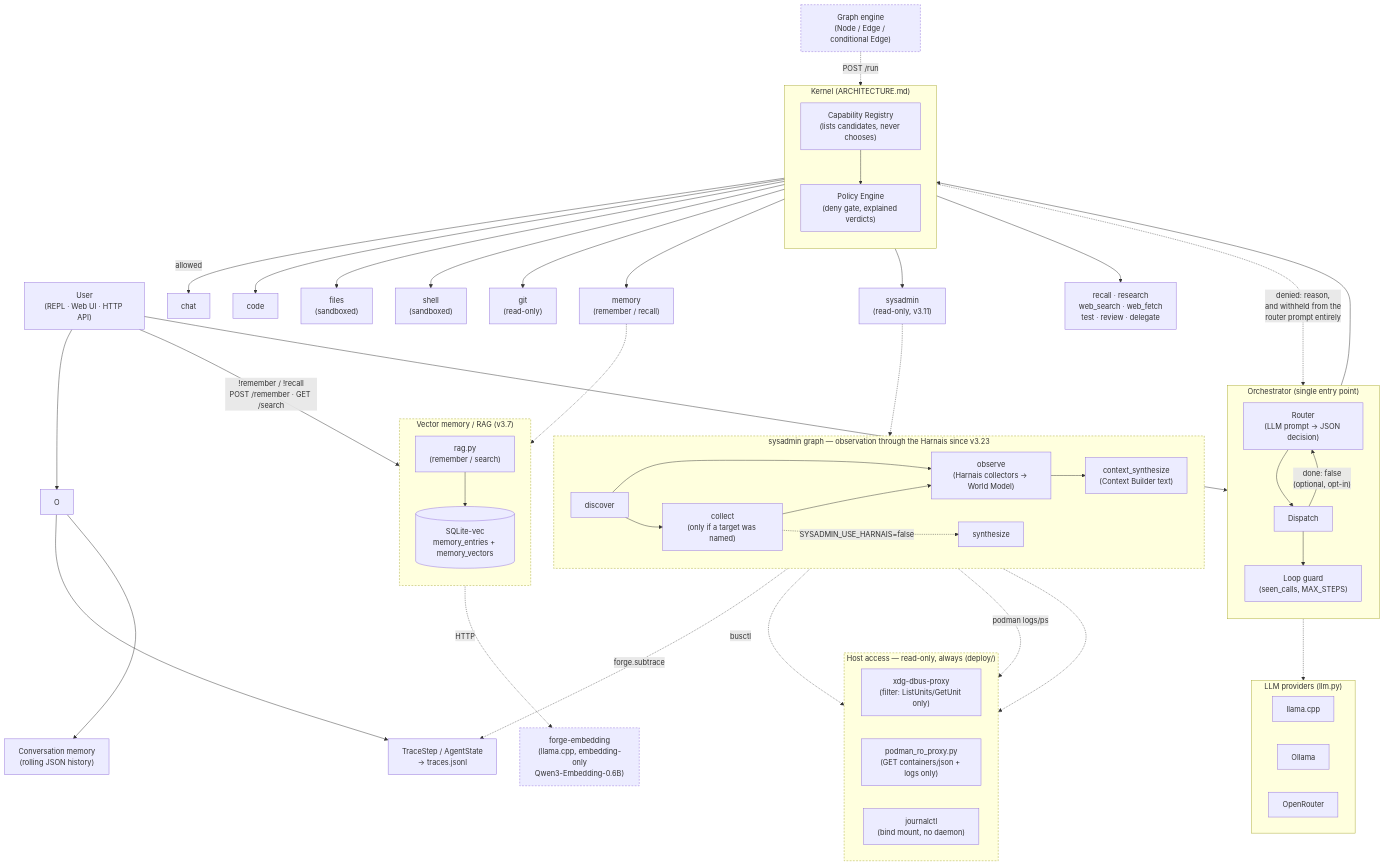
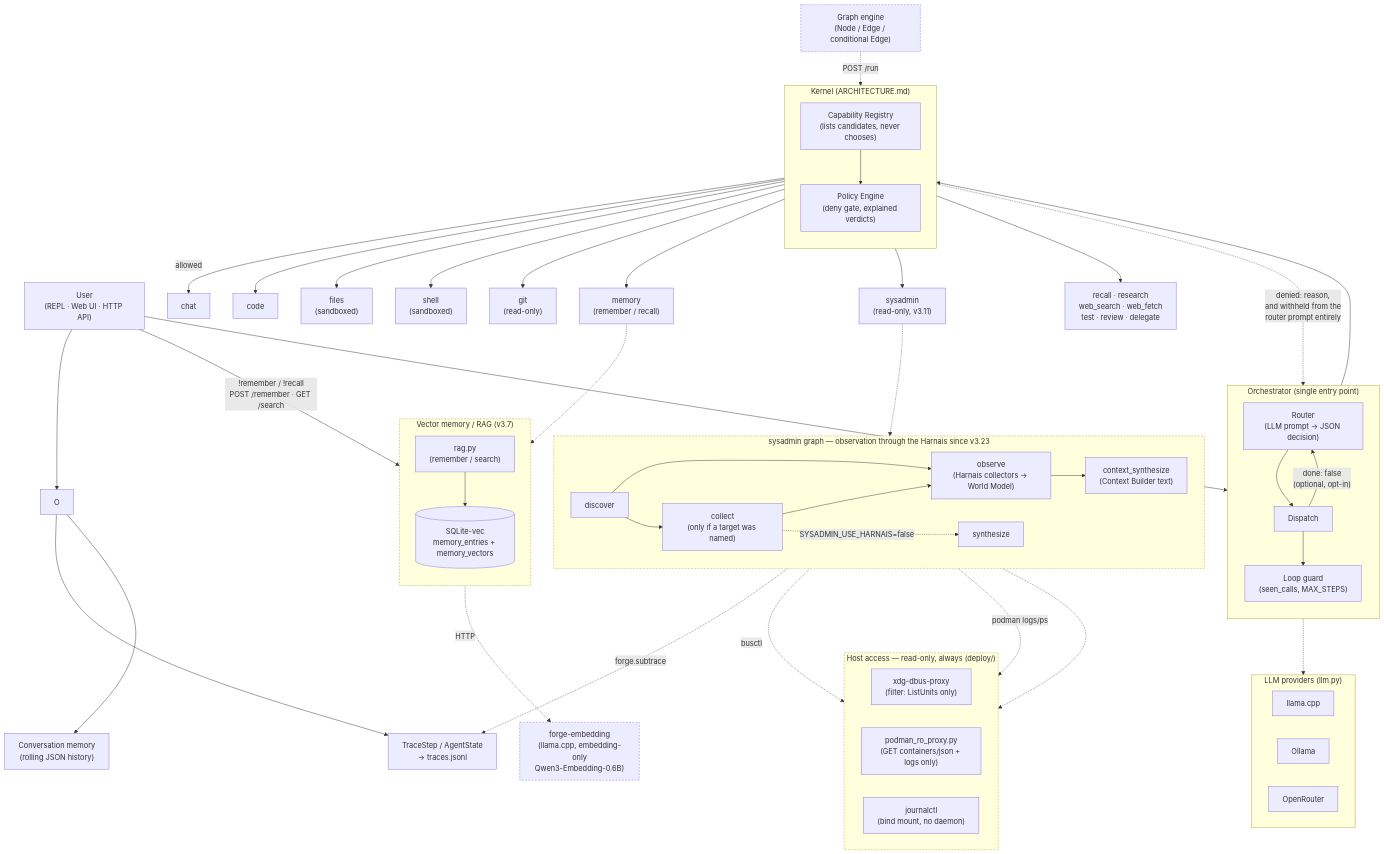
One commit to Kurtisone/forge changed the diagram in docs/architecture.md. Above: the diagram before and after it, drawn with Mermaid. The commit also changed 4 other files, not shown here.

First line of the commit message:
deploy: the D-Bus proxy forwards ListUnits and nothing else

```diff
--- a/docs/architecture.md
+++ b/docs/architecture.md
@@ -90,7 +90,7 @@
 
     subgraph HostProxies["Host access — read-only, always (deploy/)"]
         direction LR
-        DBUS["xdg-dbus-proxy<br/>(filter: ListUnits/GetUnit only)"]
+        DBUS["xdg-dbus-proxy<br/>(filter: ListUnits only)"]
         PODP["podman_ro_proxy.py<br/>(GET containers/json + logs only)"]
         JRNL["journalctl<br/>(bind mount, no daemon)"]
     end
```
